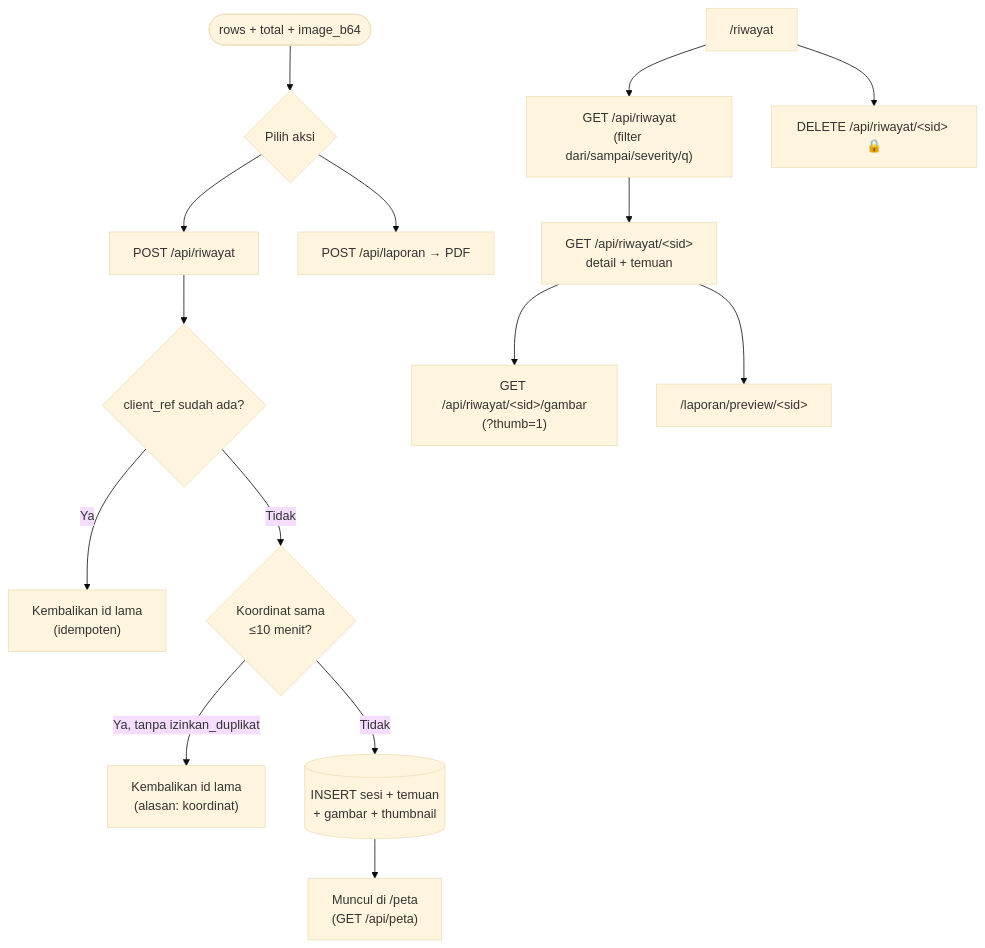
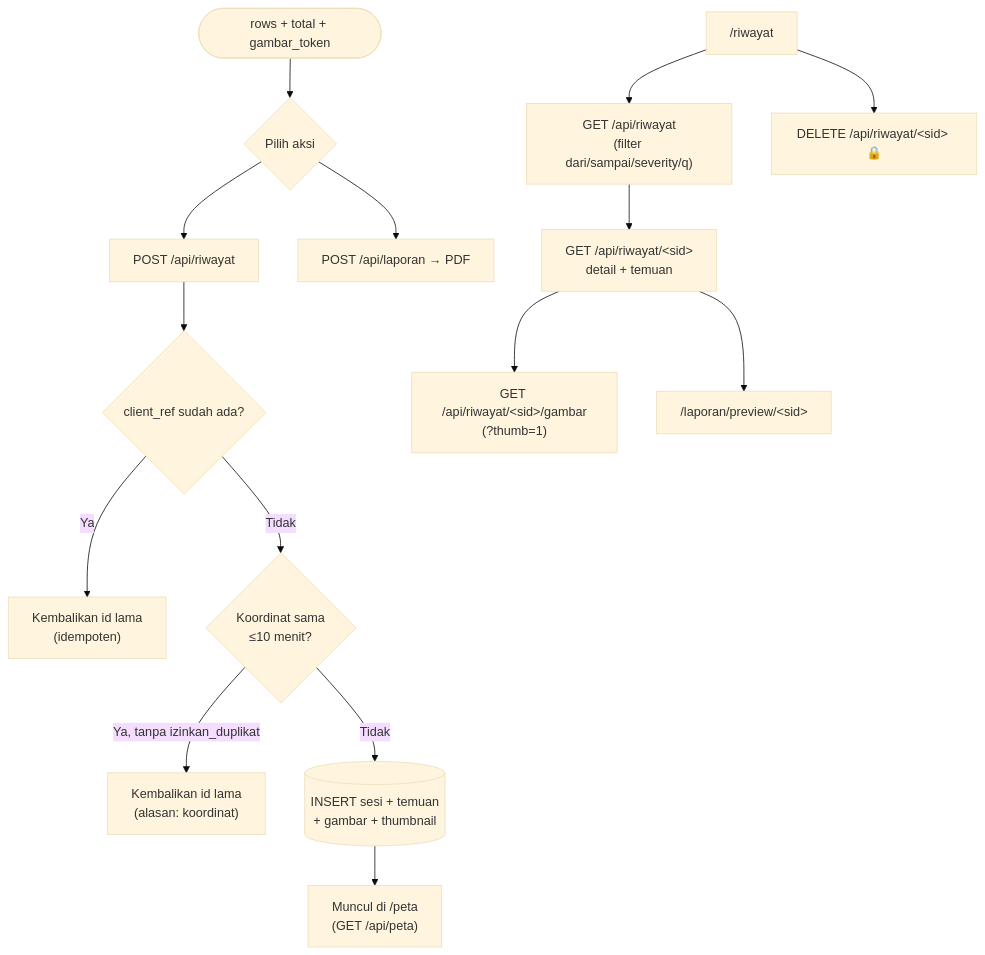
The fourth of 6 diagrams in docs/User-Flow.md (rachmatx/jalan-pantau), drawn with Mermaid (base theme) before and after one commit. The commit also changed other lines of this file and 17 other files, not shown here.

First line of the commit message:
perf: transport gambar via token URL + batas proses 1536 px

````diff
--- a/docs/User-Flow.md
+++ b/docs/User-Flow.md
@@ -225,20 +225,20 @@
 ```mermaid
 flowchart TD
-    HASIL(["rows + total + image_b64"]) --> PILIH{"Pilih aksi"}
+    HASIL(["rows + total + gambar_token"]) --> PILIH{"Pilih aksi"}
 
     PILIH --> SIMPAN["POST /api/riwayat"]
     PILIH --> PDF["POST /api/laporan → PDF"]
 
     SIMPAN --> IDEM{"client_ref sudah ada?"}
     IDEM -->|Ya| DUP["Kembalikan id lama<br/>(idempoten)"]
     IDEM -->|Tidak| CEK{"Koordinat sama<br/>≤10 menit?"}
     CEK -->|Ya, tanpa izinkan_duplikat| TOLAK["Kembalikan id lama<br/>(alasan: koordinat)"]
     CEK -->|Tidak| TULIS[("INSERT sesi + temuan<br/>+ gambar + thumbnail")]
     TULIS --> MAP["Muncul di /peta<br/>(GET /api/peta)"]
 
     RIWAYAT["/riwayat"] --> DAFTAR["GET /api/riwayat<br/>(filter dari/sampai/severity/q)"]
     DAFTAR --> DETAIL["GET /api/riwayat/&lt;sid&gt;<br/>detail + temuan"]
     DETAIL --> GAMBAR["GET /api/riwayat/&lt;sid&gt;/gambar<br/>(?thumb=1)"]
     DETAIL --> PREVIEW["/laporan/preview/&lt;sid&gt;"]
     RIWAYAT --> HAPUS["DELETE /api/riwayat/&lt;sid&gt; 🔒"]
 ```
````
